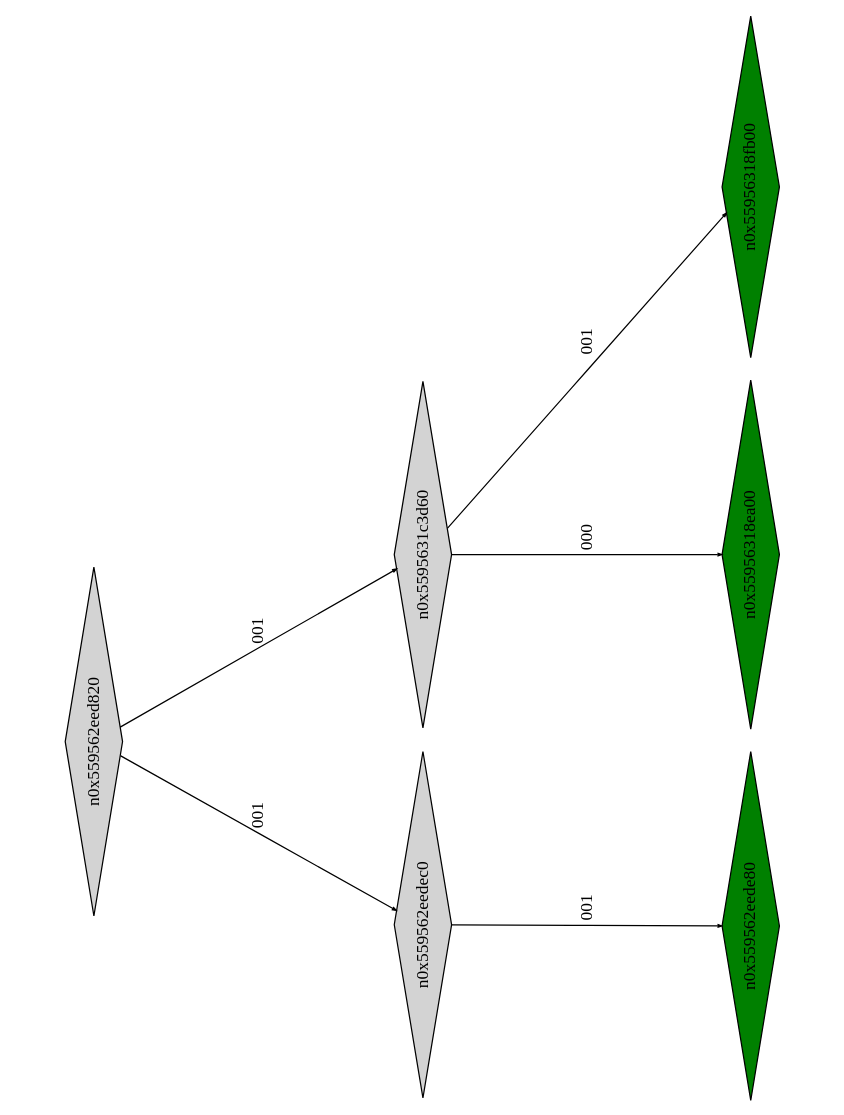
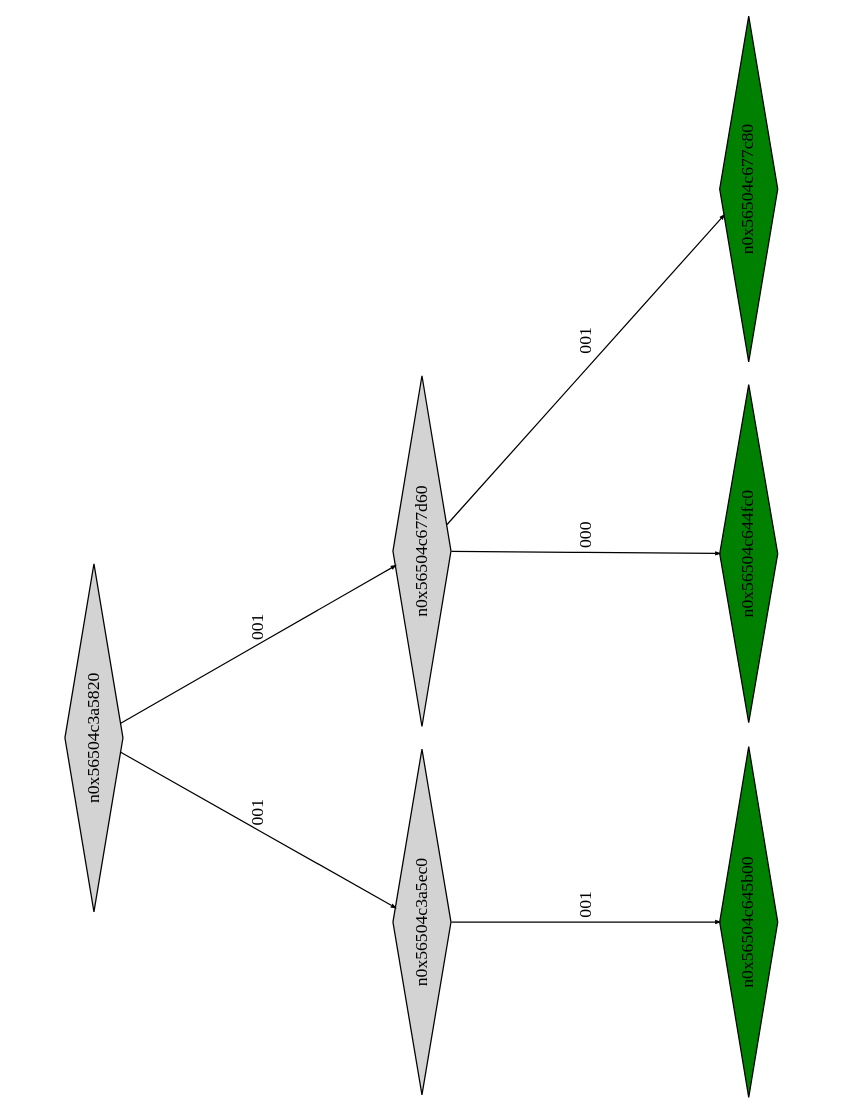
The diagram in example2_klee_out/ptree_00000125.dot (Research-Tools-PAVT/PSE-Program-Examples), drawn with Graphviz before and after one commit. The commit also changed 101 other files, not shown here.

```diff
--- a/example2_klee_out/ptree_00000125.dot
+++ b/example2_klee_out/ptree_00000125.dot
@@ -1,19 +1,19 @@
 digraph G {
 	size="10,7.5";
 	ratio=fill;
 	rotate=90;
 	center = "true";
 	node [style="filled",width=.1,height=.1,fontname="Terminus"]
 	edge [arrowsize=.3]
-	n0x559562eed820 [shape=diamond];
-	n0x559562eed820 -> n0x559562eedec0 [label=001];
-	n0x559562eed820 -> n0x5595631c3d60 [label=001];
-	n0x5595631c3d60 [shape=diamond];
-	n0x5595631c3d60 -> n0x55956318ea00 [label=000];
-	n0x5595631c3d60 -> n0x55956318fb00 [label=001];
-	n0x55956318fb00 [shape=diamond,fillcolor=green];
-	n0x55956318ea00 [shape=diamond,fillcolor=green];
-	n0x559562eedec0 [shape=diamond];
-	n0x559562eedec0 -> n0x559562eede80 [label=001];
-	n0x559562eede80 [shape=diamond,fillcolor=green];
+	n0x56504c3a5820 [shape=diamond];
+	n0x56504c3a5820 -> n0x56504c3a5ec0 [label=001];
+	n0x56504c3a5820 -> n0x56504c677d60 [label=001];
+	n0x56504c677d60 [shape=diamond];
+	n0x56504c677d60 -> n0x56504c644fc0 [label=000];
+	n0x56504c677d60 -> n0x56504c677c80 [label=001];
+	n0x56504c677c80 [shape=diamond,fillcolor=green];
+	n0x56504c644fc0 [shape=diamond,fillcolor=green];
+	n0x56504c3a5ec0 [shape=diamond];
+	n0x56504c3a5ec0 -> n0x56504c645b00 [label=001];
+	n0x56504c645b00 [shape=diamond,fillcolor=green];
 }
```
